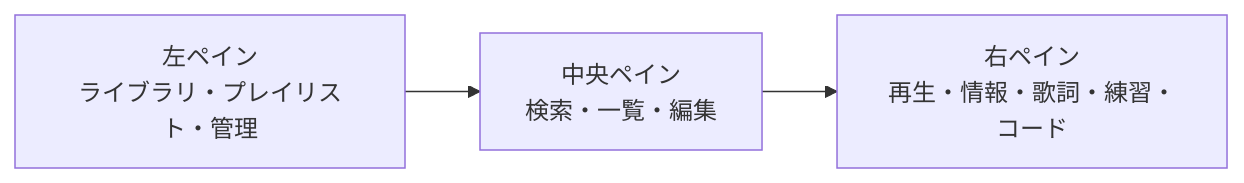
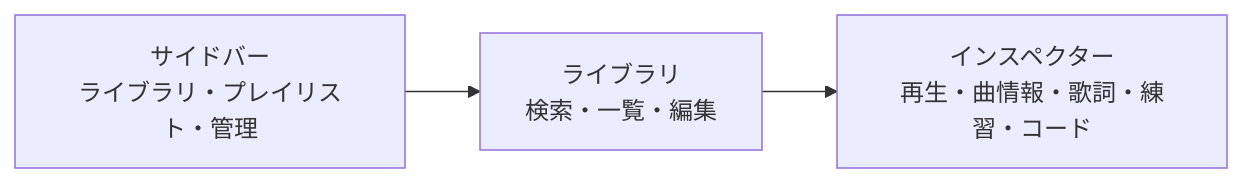
One commit to nanonigit/Vibe changed the second of 2 diagrams in README.ja.md. Above: the diagram before and after it, drawn with Mermaid. The commit also changed other lines of this file and 18 other files, not shown here.

````diff
--- a/README.ja.md
+++ b/README.ja.md
@@ -134,7 +134,7 @@
 ```mermaid
 flowchart LR
-    Sidebar["左ペイン\nライブラリ・プレイリスト・管理"]
-    Library["中央ペイン\n検索・一覧・編集"]
-    Inspector["右ペイン\n再生・情報・歌詞・練習・コード"]
+    Sidebar["サイドバー\nライブラリ・プレイリスト・管理"]
+    Library["ライブラリ\n検索・一覧・編集"]
+    Inspector["インスペクター\n再生・曲情報・歌詞・練習・コード"]
     Sidebar --> Library --> Inspector
 ```
````
